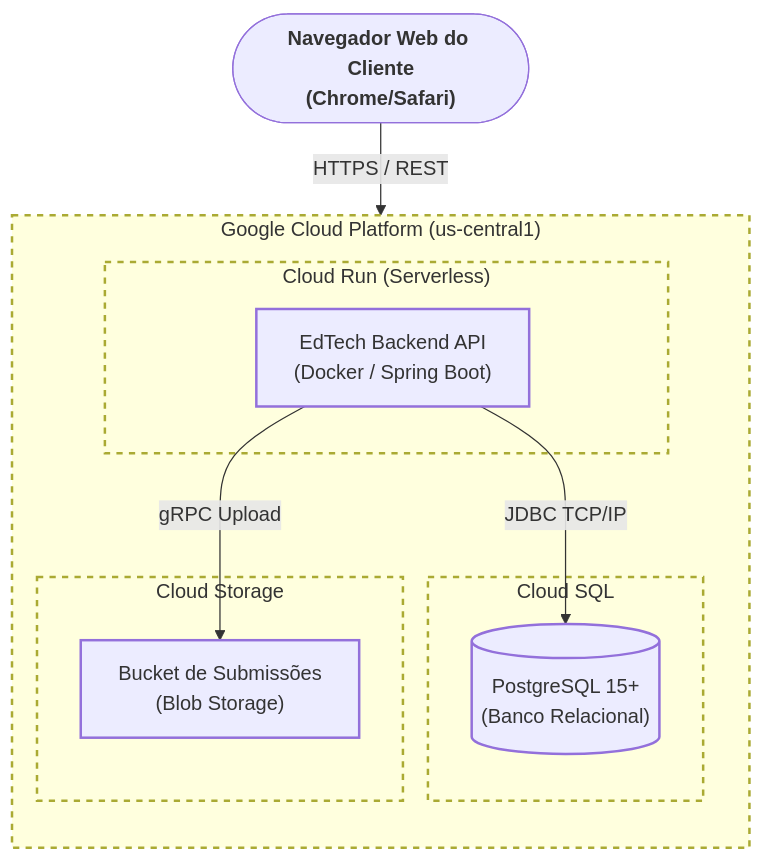
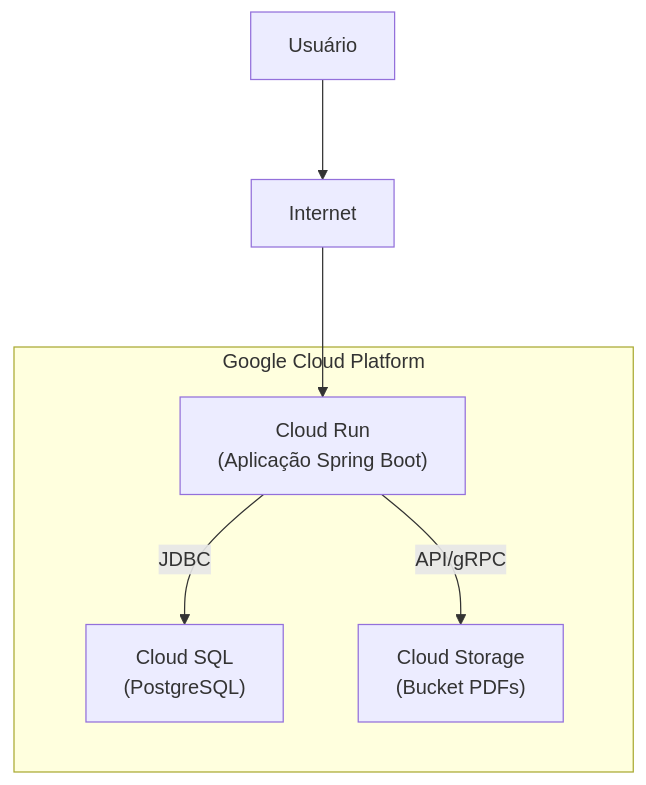
The diagram in docs/arquitetura/nuvem.md (pedrohpsantos/EdTech), drawn with Mermaid before and after one commit. The commit also changed 11 other files, not shown here.

Commit message:
refactor: update project documentation with standardized Mermaid diagrams and improved CSS styling

````diff
--- a/docs/arquitetura/nuvem.md
+++ b/docs/arquitetura/nuvem.md
@@ -7,30 +7,17 @@
 ```mermaid
 flowchart TB
-    classDef person font-weight:bold
-    classDef container stroke-width:2px
-    classDef cloud stroke-width:2px,stroke-dasharray: 5 5
+    %%{init: {"flowchart": {"nodeSpacing": 60, "rankSpacing": 80}}}%%
+    User["Usuário"]
+    Internet["Internet"]
 
-    Browser(["Navegador Web do Cliente\n(Chrome/Safari)"]):::person
-    
-    subgraph GCP ["Google Cloud Platform (us-central1)"]
-        direction TB
-        
-        subgraph CloudRun ["Cloud Run (Serverless)"]
-            API["EdTech Backend API\n(Docker / Spring Boot)"]:::container
-        end
-        
-        subgraph CloudSQL ["Cloud SQL"]
-            DB[("PostgreSQL 15+\n(Banco Relacional)")]:::container
-        end
-        
-        subgraph CloudStorage ["Cloud Storage"]
-            GCS["Bucket de Submissões\n(Blob Storage)"]:::container
-        end
+    subgraph GCP["Google Cloud Platform"]
+        Run["Cloud Run<br>(Aplicação Spring Boot)"]
+        SQL["Cloud SQL<br>(PostgreSQL)"]
+        Storage["Cloud Storage<br>(Bucket PDFs)"]
     end
 
-    Browser -- "HTTPS / REST" --> API
-    API -- "JDBC TCP/IP" --> DB
-    API -- "gRPC Upload" --> GCS
-    
-    class GCP,CloudRun,CloudSQL,CloudStorage cloud
+    User --> Internet
+    Internet --> Run
+    Run -->|JDBC| SQL
+    Run -->|API/gRPC| Storage
 ```
````
